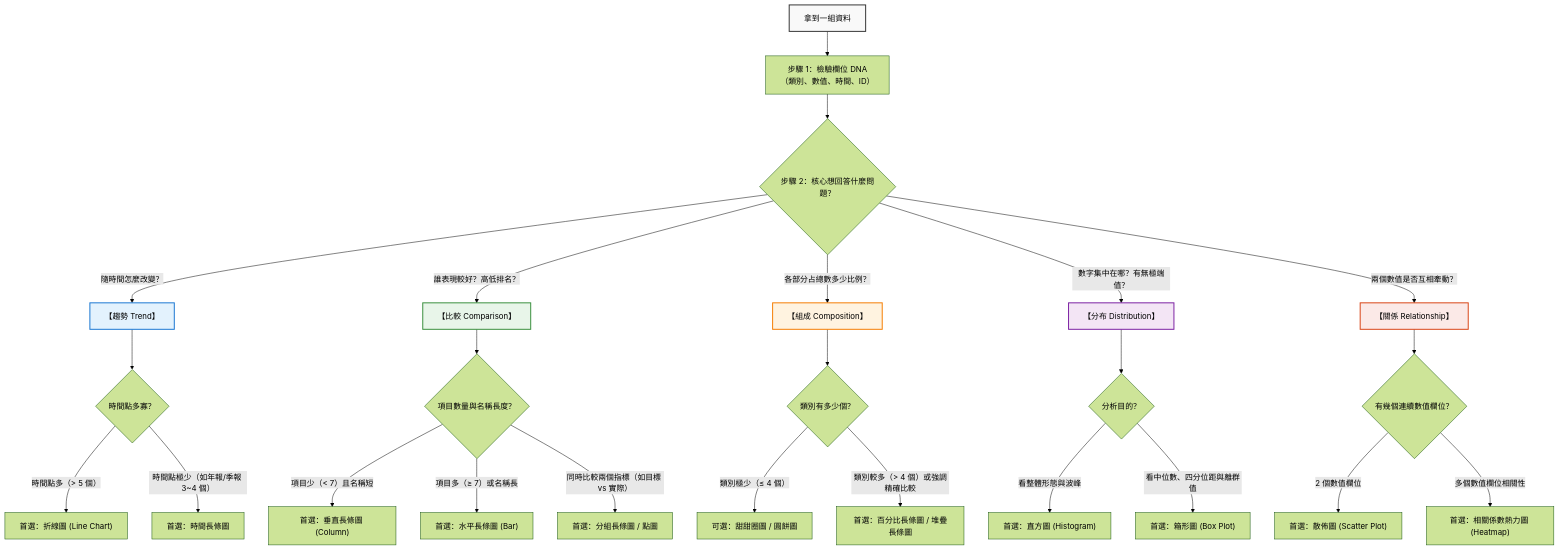
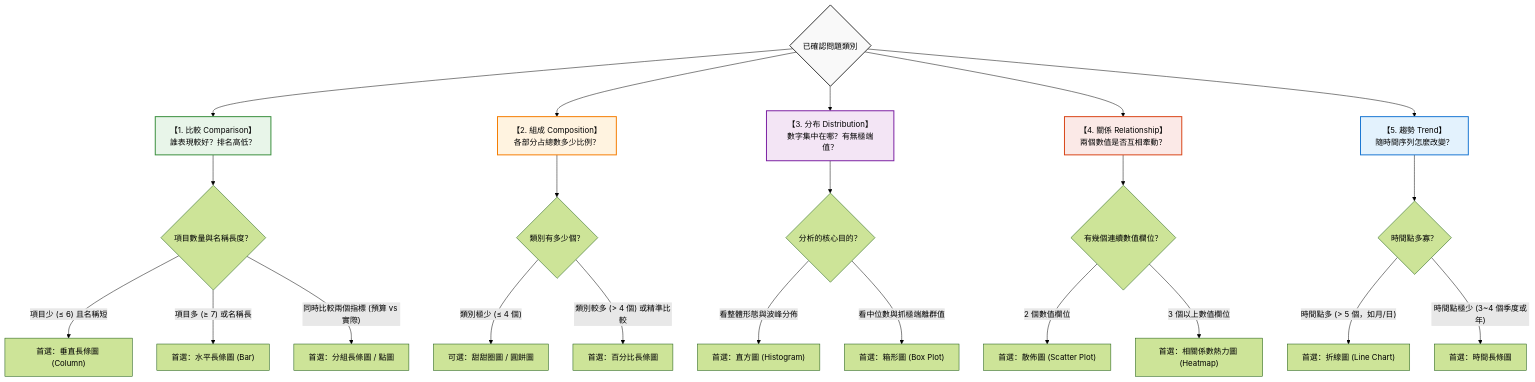
The diagram in 看懂資料與選對圖表/決定適合圖表的思考規則/README.md (roberthsu2003/PythonForDataAnalysis), drawn with Mermaid (forest theme) before and after one commit. The commit also changed other lines of this file and 5 other files, not shown here.

Commit message:
docs: update documentation links and references for chart selection guidelines

````diff
--- a/看懂資料與選對圖表/決定適合圖表的思考規則/README.md
+++ b/看懂資料與選對圖表/決定適合圖表的思考規則/README.md
@@ -14,43 +27,41 @@
 ```mermaid
 graph TD
-    Start["拿到一組資料"] --> Step1["步驟 1：檢驗欄位 DNA<br/>（類別、數值、時間、ID）"]
-    Step1 --> Step2{"步驟 2：核心想回答什麼問題？"}
-    
-    %% 分流 1：時間趨勢
-    Step2 -->|"隨時間怎麼改變？"| Trend["【趨勢 Trend】"]
-    Trend --> Q_Trend{"時間點多寡？"}
-    Q_Trend -->|"時間點多（> 5 個）"| Chart_Line["首選：折線圖 (Line Chart)"]
-    Q_Trend -->|"時間點極少（如年報/季報 3~4 個）"| Chart_TimeBar["首選：時間長條圖"]
+    Category{"已確認問題類別"} --> Comp["【1. 比較 Comparison】<br/>誰表現較好？排名高低？"]
+    Category --> Compst["【2. 組成 Composition】<br/>各部分占總數多少比例？"]
+    Category --> Dist["【3. 分布 Distribution】<br/>數字集中在哪？有無極端值？"]
+    Category --> Rel["【4. 關係 Relationship】<br/>兩個數值是否互相牽動？"]
+    Category --> Trend["【5. 趨勢 Trend】<br/>隨時間序列怎麼改變？"]
 
-    %% 分流 2：類別比較
-    Step2 -->|"誰表現較好？高低排名？"| Comp["【比較 Comparison】"]
+    %% 分流 1：比較
     Comp --> Q_Comp{"項目數量與名稱長度？"}
-    Q_Comp -->|"項目少（< 7）且名稱短"| Chart_Col["首選：垂直長條圖 (Column)"]
-    Q_Comp -->|"項目多（≥ 7）或名稱長"| Chart_Bar["首選：水平長條圖 (Bar)"]
-    Q_Comp -->|"同時比較兩個指標（如目標 vs 實際）"| Chart_GroupBar["首選：分組長條圖 / 點圖"]
+    Q_Comp -->|"項目少 (≤ 6) 且名稱短"| Chart_Col["首選：垂直長條圖 (Column)"]
+    Q_Comp -->|"項目多 (≥ 7) 或名稱長"| Chart_Bar["首選：水平長條圖 (Bar)"]
+    Q_Comp -->|"同時比較兩個指標 (預算 vs 實際)"| Chart_GroupBar["首選：分組長條圖 / 點圖"]
 
-    %% 分流 3：整體組成
-    Step2 -->|"各部分占總數多少比例？"| Compst["【組成 Composition】"]
+    %% 分流 2：組成
     Compst --> Q_Compst{"類別有多少個？"}
-    Q_Compst -->|"類別極少（≤ 4 個）"| Chart_Pie["可選：甜甜圈圖 / 圓餅圖"]
-    Q_Compst -->|"類別較多（> 4 個）或強調精確比較"| Chart_StackBar["首選：百分比長條圖 / 堆疊長條圖"]
+    Q_Compst -->|"類別極少 (≤ 4 個)"| Chart_Pie["可選：甜甜圈圖 / 圓餅圖"]
+    Q_Compst -->|"類別較多 (> 4 個) 或精準比較"| Chart_StackBar["首選：百分比長條圖"]
 
-    %% 分流 4：數值分布
-    Step2 -->|"數字集中在哪？有無極端值？"| Dist["【分布 Distribution】"]
-    Dist --> Q_Dist{"分析目的？"}
-    Q_Dist -->|"看整體形態與波峰"| Chart_Hist["首選：直方圖 (Histogram)"]
-    Q_Dist -->|"看中位數、四分位距與離群值"| Chart_Box["首選：箱形圖 (Box Plot)"]
+    %% 分流 3：分布
+    Dist --> Q_Dist{"分析的核心目的？"}
+    Q_Dist -->|"看整體形態與波峰分佈"| Chart_Hist["首選：直方圖 (Histogram)"]
+    Q_Dist -->|"看中位數與抓極端離群值"| Chart_Box["首選：箱形圖 (Box Plot)"]
 
-    %% 分流 5：雙變數關係
-    Step2 -->|"兩個數值是否互相牽動？"| Rel["【關係 Relationship】"]
+    %% 分流 4：關係
     Rel --> Q_Rel{"有幾個連續數值欄位？"}
     Q_Rel -->|"2 個數值欄位"| Chart_Scatter["首選：散佈圖 (Scatter Plot)"]
-    Q_Rel -->|"多個數值欄位相關性"| Chart_Heatmap["首選：相關係數熱力圖 (Heatmap)"]
+    Q_Rel -->|"3 個以上數值欄位"| Chart_Heatmap["首選：相關係數熱力圖 (Heatmap)"]
 
-    style Start fill:#f9f9f9,stroke:#333,stroke-width:2px;
-    style Trend fill:#e3f2fd,stroke:#1976d2,stroke-width:2px;
+    %% 分流 5：趨勢
+    Trend --> Q_Trend{"時間點多寡？"}
+    Q_Trend -->|"時間點多 (> 5 個，如月/日)"| Chart_Line["首選：折線圖 (Line Chart)"]
+    Q_Trend -->|"時間點極少 (3~4 個季度或年)"| Chart_TimeBar["首選：時間長條圖"]
+
+    style Category fill:#f9f9f9,stroke:#333,stroke-width:2px;
     style Comp fill:#e8f5e9,stroke:#388e3c,stroke-width:2px;
     style Compst fill:#fff3e0,stroke:#f57c00,stroke-width:2px;
     style Dist fill:#f3e5f5,stroke:#7b1fa2,stroke-width:2px;
     style Rel fill:#fbe9e7,stroke:#d84315,stroke-width:2px;
+    style Trend fill:#e3f2fd,stroke:#1976d2,stroke-width:2px;
 ```
````
